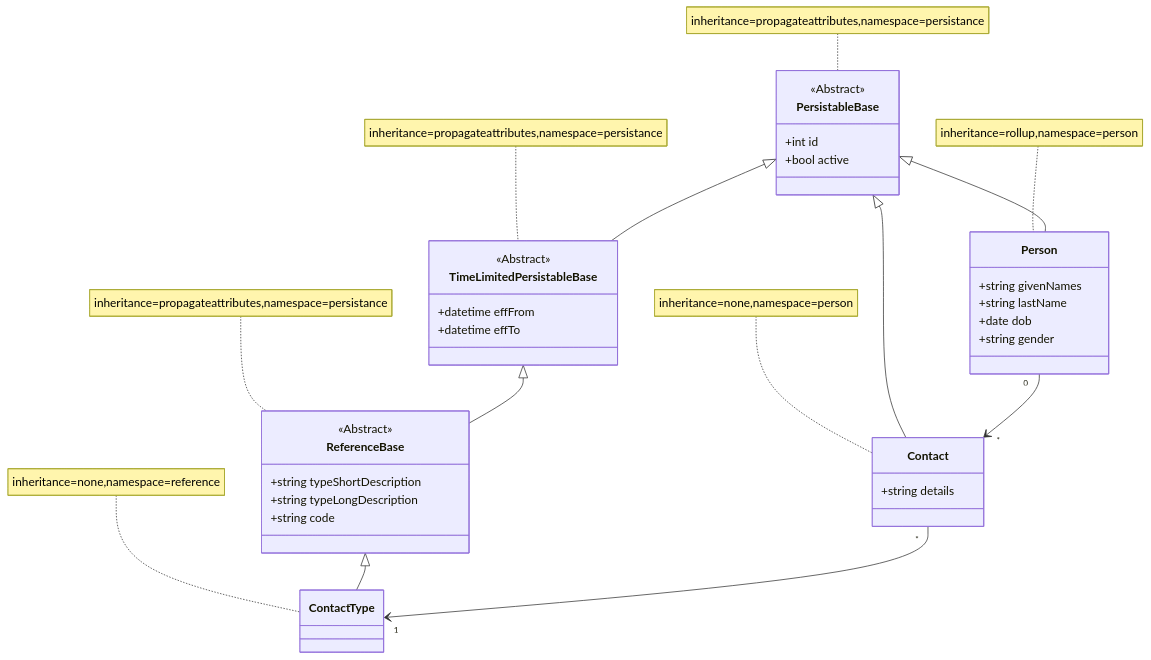
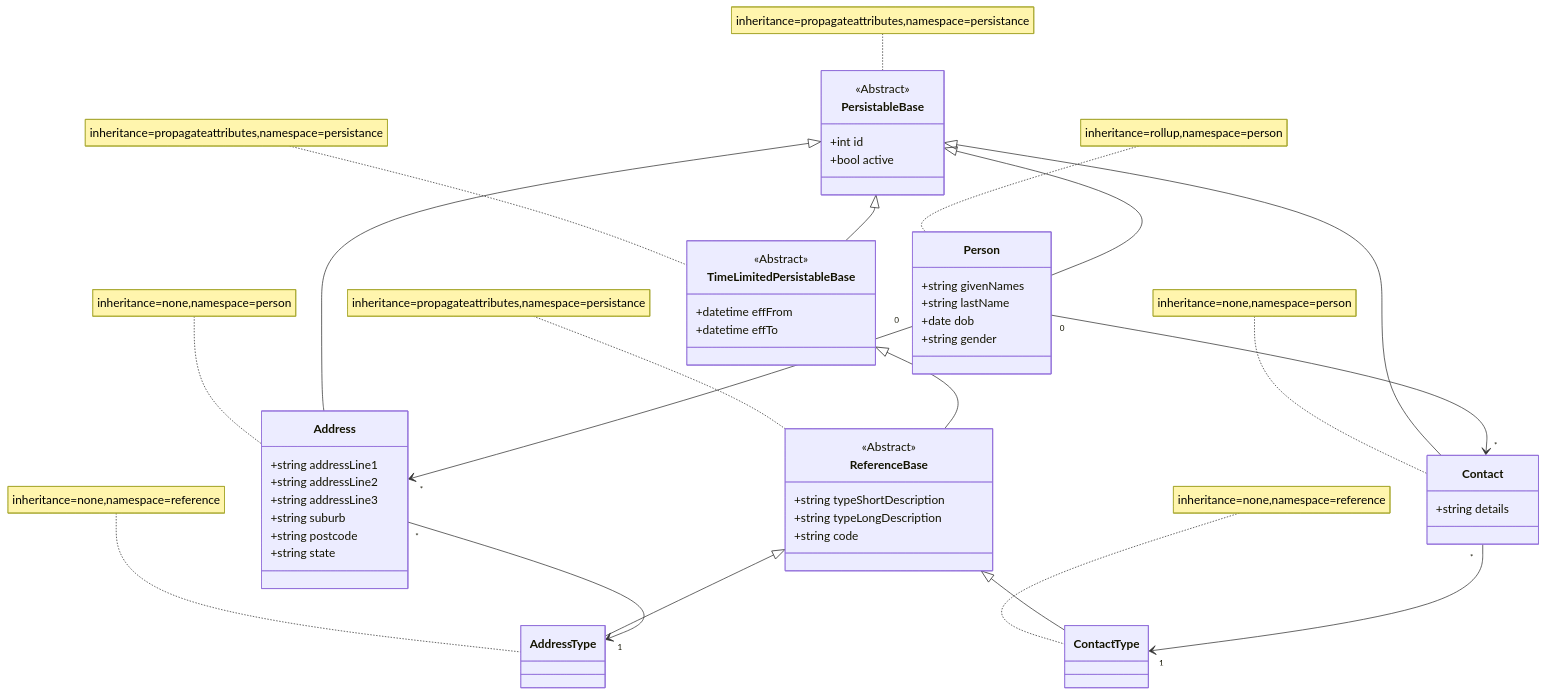
One commit to philrwebb/Generation changed the diagram in mermaid/model.md. Above: the diagram before and after it, drawn with Mermaid. The commit also changed 8 other files, not shown here.

````diff
--- a/mermaid/model.md
+++ b/mermaid/model.md
@@ -1,52 +1,70 @@
 ``` mermaid
 ---
 Person Model
 ---
 classDiagram
     note for PersistableBase "inheritance=propagateattributes,namespace=persistance"
     class PersistableBase {
         +int id
         +bool active
     }
     <<Abstract>> PersistableBase
 
     note for TimeLimitedPersistableBase "inheritance=propagateattributes,namespace=persistance"
     class TimeLimitedPersistableBase {
         +datetime effFrom
         +datetime effTo
     }
     <<Abstract>> TimeLimitedPersistableBase
     PersistableBase <|-- TimeLimitedPersistableBase
 
     note for ReferenceBase "inheritance=propagateattributes,namespace=persistance"
     class ReferenceBase {
         +string typeShortDescription
         +string typeLongDescription
         +string code
     }
     <<Abstract>> ReferenceBase
     TimeLimitedPersistableBase <|-- ReferenceBase
 
     note for Person "inheritance=rollup,namespace=person"    
     class Person {
         +string givenNames
         +string lastName
         +date dob
         +string gender
     }
     PersistableBase <|-- Person
 
+    note for Address "inheritance=none,namespace=person"
+    class Address {
+        +string addressLine1
+        +string addressLine2
+        +string addressLine3
+        +string suburb
+        +string postcode
+        +string state
+    }
+    PersistableBase <|-- Address
+
     note for Contact "inheritance=none,namespace=person"
     class Contact {
         +string details
     }
     PersistableBase <|-- Contact
     Person "0" --> "*" Contact
+    Person "0" --> "*" Address
+
+    note for AddressType "inheritance=none,namespace=reference"
+    class AddressType {
+    }
+    ReferenceBase <|-- AddressType
+    Address "*" --> "1" AddressType
 
     note for ContactType "inheritance=none,namespace=reference"
     class ContactType {
     }
     ReferenceBase <|-- ContactType
     Contact "*" --> "1" ContactType
 
 ```
````
